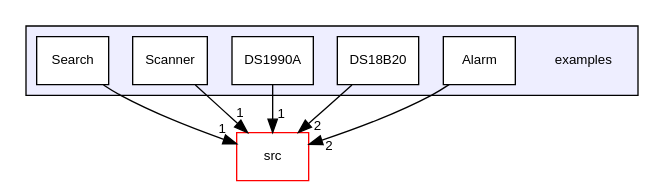
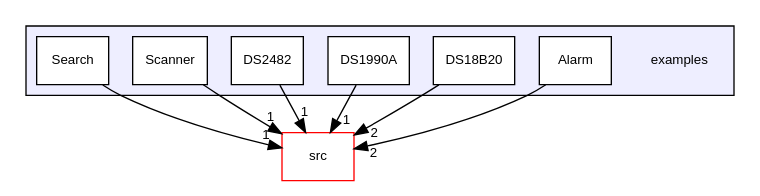
Before and after one commit to mikaelpatel/mikaelpatel.github.io: the diagram in Arduino-OWI/dir_d28a4824dc47e487b107a5db32ef43c4_dep.dot, drawn with Graphviz. The commit also changed 294 other files, not shown here.

```diff
--- a/Arduino-OWI/dir_d28a4824dc47e487b107a5db32ef43c4_dep.dot
+++ b/Arduino-OWI/dir_d28a4824dc47e487b107a5db32ef43c4_dep.dot
@@ -1,20 +1,22 @@
 digraph "examples" {
   compound=true
   node [ fontsize="10", fontname="Helvetica"];
   edge [ labelfontsize="10", labelfontname="Helvetica"];
   subgraph clusterdir_d28a4824dc47e487b107a5db32ef43c4 {
     graph [ bgcolor="#eeeeff", pencolor="black", label="" URL="dir_d28a4824dc47e487b107a5db32ef43c4.html"];
     dir_d28a4824dc47e487b107a5db32ef43c4 [shape=plaintext label="examples"];
     dir_2ac0c8aa260d699f7a3c5d8ce1687c7e [shape=box label="Alarm" color="black" fillcolor="white" style="filled" URL="dir_2ac0c8aa260d699f7a3c5d8ce1687c7e.html"];
     dir_edc7f58e8c82682a6129433ec455bcd5 [shape=box label="DS18B20" color="black" fillcolor="white" style="filled" URL="dir_edc7f58e8c82682a6129433ec455bcd5.html"];
     dir_8c1bb936615844b522f4b0b799130dfa [shape=box label="DS1990A" color="black" fillcolor="white" style="filled" URL="dir_8c1bb936615844b522f4b0b799130dfa.html"];
+    dir_0cf9e2383f6a43ce957518394740e070 [shape=box label="DS2482" color="black" fillcolor="white" style="filled" URL="dir_0cf9e2383f6a43ce957518394740e070.html"];
     dir_3c255463df23486bbba0dcefb1196b0f [shape=box label="Scanner" color="black" fillcolor="white" style="filled" URL="dir_3c255463df23486bbba0dcefb1196b0f.html"];
     dir_248e8ef9f6f04c4f5605684854d1c790 [shape=box label="Search" color="black" fillcolor="white" style="filled" URL="dir_248e8ef9f6f04c4f5605684854d1c790.html"];
   }
   dir_68267d1309a1af8e8297ef4c3efbcdba [shape=box label="src" fillcolor="white" style="filled" color="red" URL="dir_68267d1309a1af8e8297ef4c3efbcdba.html"];
-  dir_248e8ef9f6f04c4f5605684854d1c790->dir_68267d1309a1af8e8297ef4c3efbcdba [headlabel="1", labeldistance=1.5 headhref="dir_000005_000006.html"];
-  dir_8c1bb936615844b522f4b0b799130dfa->dir_68267d1309a1af8e8297ef4c3efbcdba [headlabel="1", labeldistance=1.5 headhref="dir_000003_000006.html"];
-  dir_2ac0c8aa260d699f7a3c5d8ce1687c7e->dir_68267d1309a1af8e8297ef4c3efbcdba [headlabel="2", labeldistance=1.5 headhref="dir_000001_000006.html"];
-  dir_edc7f58e8c82682a6129433ec455bcd5->dir_68267d1309a1af8e8297ef4c3efbcdba [headlabel="2", labeldistance=1.5 headhref="dir_000002_000006.html"];
-  dir_3c255463df23486bbba0dcefb1196b0f->dir_68267d1309a1af8e8297ef4c3efbcdba [headlabel="1", labeldistance=1.5 headhref="dir_000004_000006.html"];
+  dir_0cf9e2383f6a43ce957518394740e070->dir_68267d1309a1af8e8297ef4c3efbcdba [headlabel="1", labeldistance=1.5 headhref="dir_000004_000007.html"];
+  dir_248e8ef9f6f04c4f5605684854d1c790->dir_68267d1309a1af8e8297ef4c3efbcdba [headlabel="1", labeldistance=1.5 headhref="dir_000006_000007.html"];
+  dir_8c1bb936615844b522f4b0b799130dfa->dir_68267d1309a1af8e8297ef4c3efbcdba [headlabel="1", labeldistance=1.5 headhref="dir_000003_000007.html"];
+  dir_2ac0c8aa260d699f7a3c5d8ce1687c7e->dir_68267d1309a1af8e8297ef4c3efbcdba [headlabel="2", labeldistance=1.5 headhref="dir_000001_000007.html"];
+  dir_edc7f58e8c82682a6129433ec455bcd5->dir_68267d1309a1af8e8297ef4c3efbcdba [headlabel="2", labeldistance=1.5 headhref="dir_000002_000007.html"];
+  dir_3c255463df23486bbba0dcefb1196b0f->dir_68267d1309a1af8e8297ef4c3efbcdba [headlabel="1", labeldistance=1.5 headhref="dir_000005_000007.html"];
 }
```
